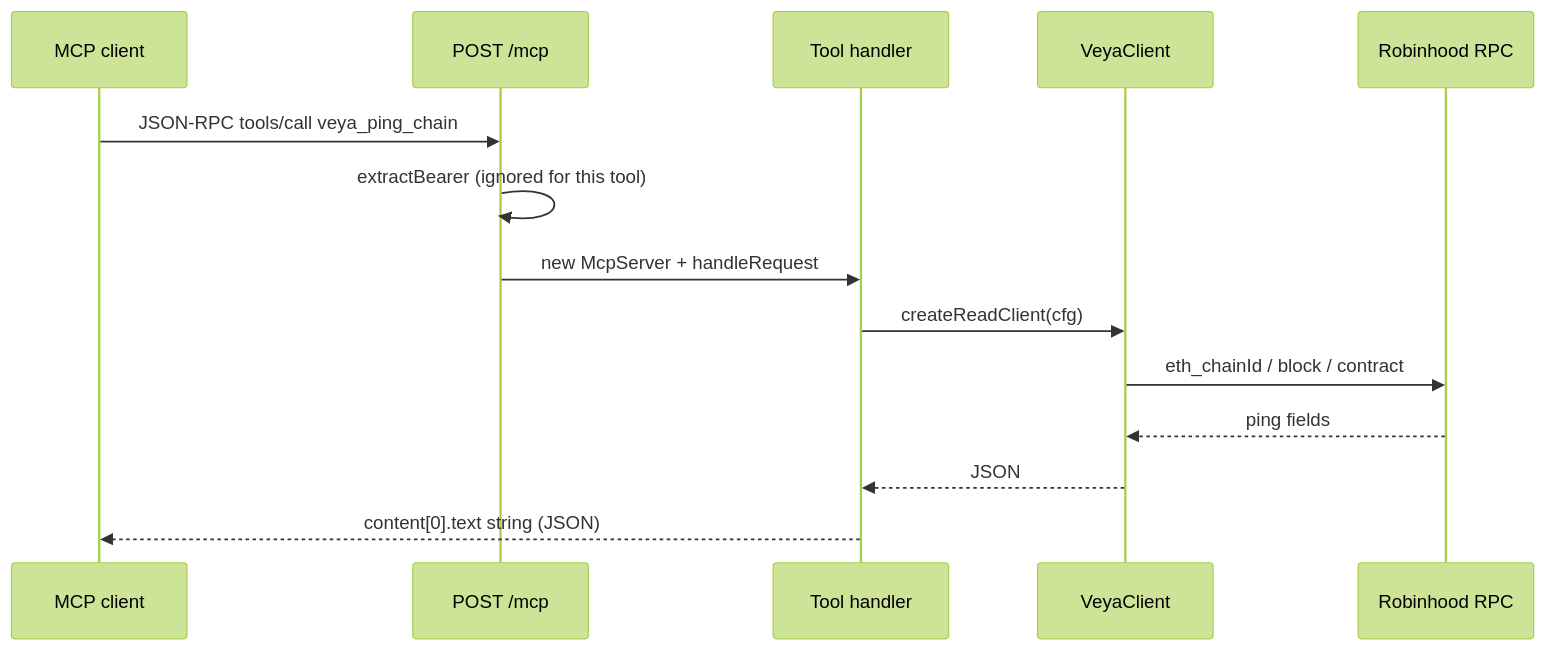
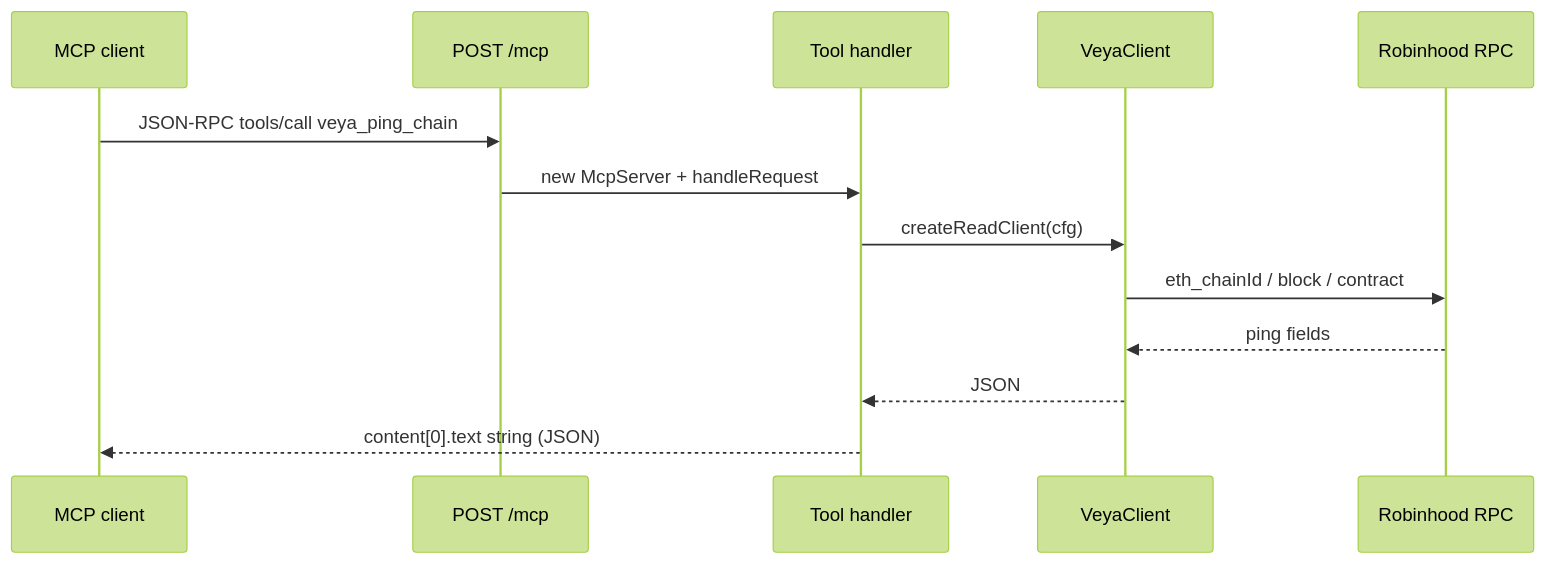
One commit to veyanet/veya-mcp changed the fourth of 7 diagrams in docs/ARCHITECTURE.md. Above: the diagram before and after it, drawn with Mermaid (forest theme). The commit also changed other lines of this file, not shown here.

Commit message:
docs: expand mcp architecture with layers and charts

````diff
--- a/docs/ARCHITECTURE.md
+++ b/docs/ARCHITECTURE.md
@@ -264,17 +264,16 @@
 ```mermaid
 sequenceDiagram
   participant C as MCP client
   participant H as POST /mcp
   participant T as Tool handler
   participant S as VeyaClient
   participant R as Robinhood RPC
 
   C->>H: JSON-RPC tools/call veya_ping_chain
-  H->>H: extractBearer (ignored for this tool)
   H->>T: new McpServer + handleRequest
   T->>S: createReadClient(cfg)
   S->>R: eth_chainId / block / contract
   R-->>S: ping fields
   S-->>T: JSON
   T-->>C: content[0].text string (JSON)
 ```
````
